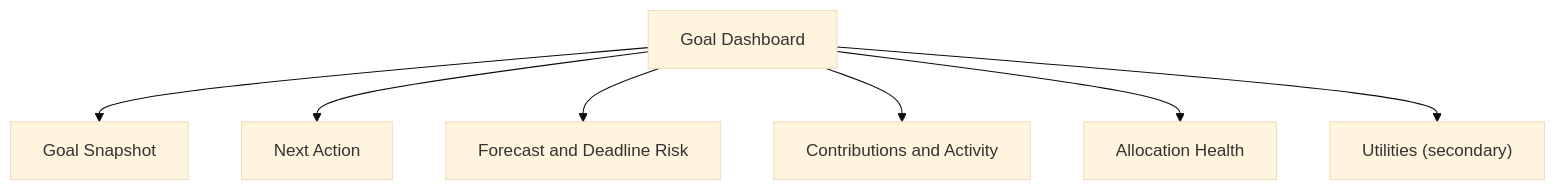
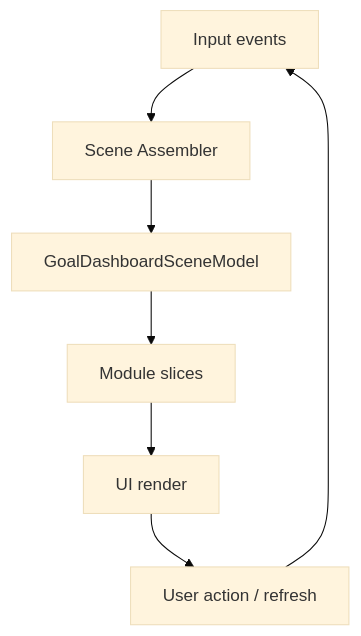
One commit to lueurxax/CryptoSavingsTracker changed the diagram in docs/proposals/GOAL_DASHBOARD_REDESIGN_PROPOSAL.md. Above: the diagram before and after it, drawn with Mermaid (base theme). The commit also changed other lines of this file and 54 other files, not shown here.

Commit message:
feat: finalize goal dashboard rollout and bump iOS build to 25

````diff
--- a/docs/proposals/GOAL_DASHBOARD_REDESIGN_PROPOSAL.md
+++ b/docs/proposals/GOAL_DASHBOARD_REDESIGN_PROPOSAL.md
@@ -78,9 +138,9 @@
 ```mermaid
 flowchart TD
-    A["Goal Dashboard"] --> B["Goal Snapshot"]
-    A --> C["Next Action"]
-    A --> D["Forecast and Deadline Risk"]
-    A --> E["Contributions and Activity"]
-    A --> F["Allocation Health"]
-    A --> G["Utilities (secondary)"]
+    A["Input events"] --> B["Scene Assembler"]
+    B --> C["GoalDashboardSceneModel"]
+    C --> D["Module slices"]
+    D --> E["UI render"]
+    E --> F["User action / refresh"]
+    F --> A
 ```
````
